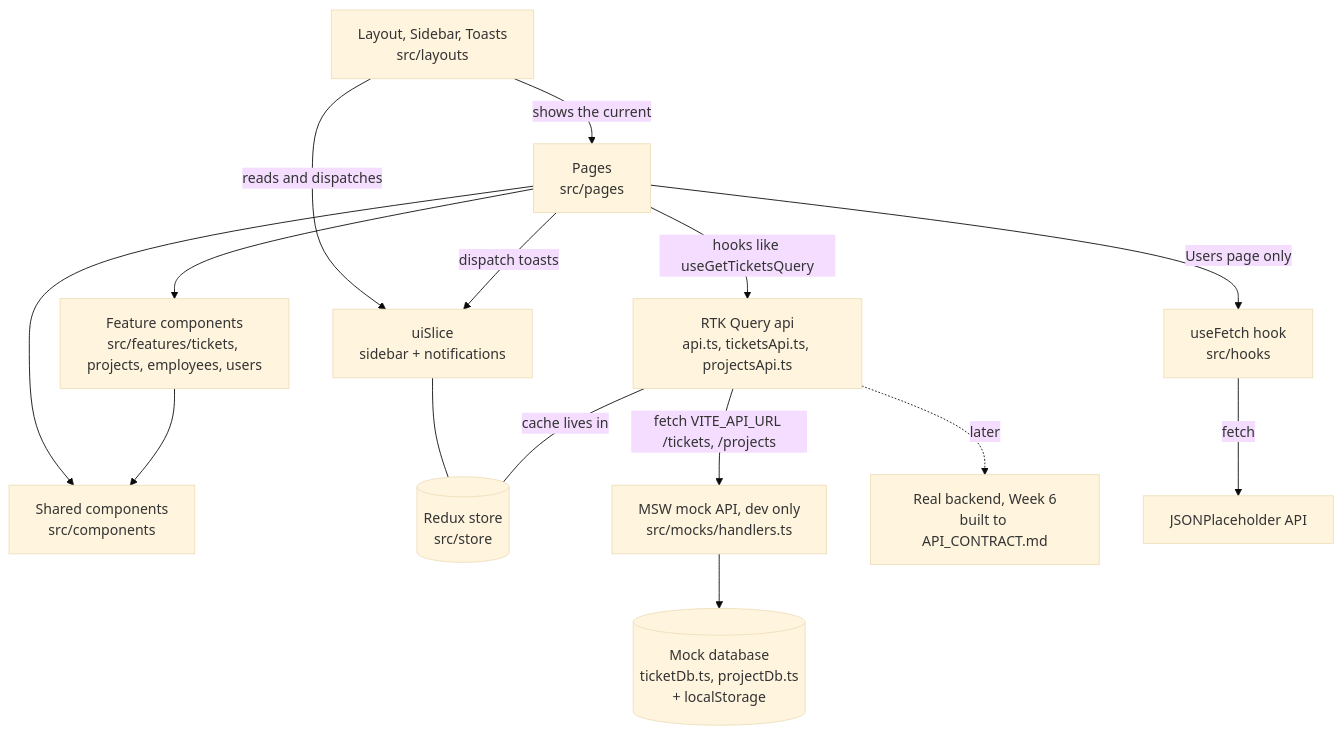
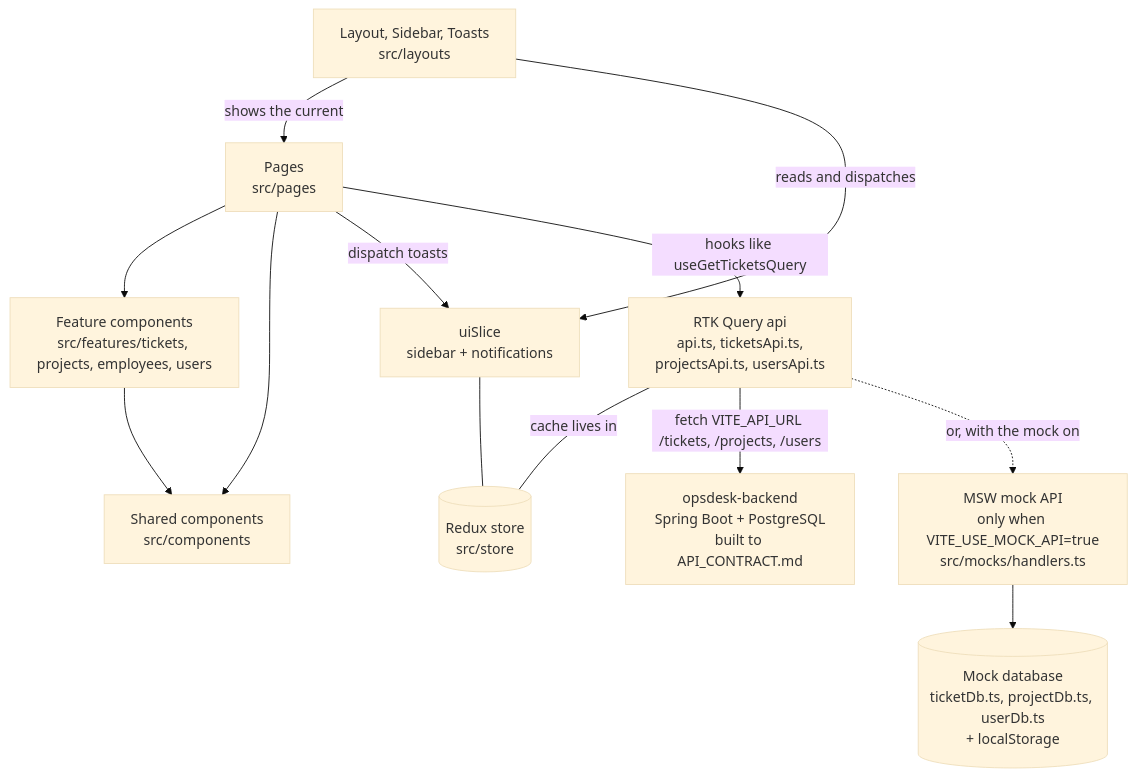
The diagram in README.md (Stormmzyy/opsdesk-frontend), drawn with Mermaid (base theme) before and after one commit. The commit also changed other lines of this file, not shown here.

Commit message:
Update the README for the real backend and the opt-in mock

````diff
--- a/README.md
+++ b/README.md
@@ -133,30 +163,26 @@
 ```mermaid
 flowchart TD
     Pages["Pages<br/>src/pages"]
     Layout["Layout, Sidebar, Toasts<br/>src/layouts"]
     Features["Feature components<br/>src/features/tickets, projects, employees, users"]
     Shared["Shared components<br/>src/components"]
     Store[("Redux store<br/>src/store")]
     UiSlice["uiSlice<br/>sidebar + notifications"]
-    RTKQ["RTK Query api<br/>api.ts, ticketsApi.ts, projectsApi.ts"]
-    MSW["MSW mock API, dev only<br/>src/mocks/handlers.ts"]
-    DB[("Mock database<br/>ticketDb.ts, projectDb.ts<br/>+ localStorage")]
-    Backend["Real backend, Week 6<br/>built to API_CONTRACT.md"]
-    UseFetch["useFetch hook<br/>src/hooks"]
-    JSONPlaceholder["JSONPlaceholder API"]
+    RTKQ["RTK Query api<br/>api.ts, ticketsApi.ts,<br/>projectsApi.ts, usersApi.ts"]
+    Backend["opsdesk-backend<br/>Spring Boot + PostgreSQL<br/>built to API_CONTRACT.md"]
+    MSW["MSW mock API<br/>only when VITE_USE_MOCK_API=true<br/>src/mocks/handlers.ts"]
+    DB[("Mock database<br/>ticketDb.ts, projectDb.ts, userDb.ts<br/>+ localStorage")]
 
     Layout -->|"shows the current"| Pages
     Pages --> Features
     Pages --> Shared
     Features --> Shared
     Layout -->|"reads and dispatches"| UiSlice
     Pages -->|"dispatch toasts"| UiSlice
     UiSlice --- Store
     Pages -->|"hooks like useGetTicketsQuery"| RTKQ
     RTKQ ---|"cache lives in"| Store
-    RTKQ -->|"fetch VITE_API_URL /tickets, /projects"| MSW
+    RTKQ -->|"fetch VITE_API_URL /tickets, /projects, /users"| Backend
+    RTKQ -.->|"or, with the mock on"| MSW
     MSW --> DB
-    RTKQ -.->|"later"| Backend
-    Pages -->|"Users page only"| UseFetch
-    UseFetch -->|fetch| JSONPlaceholder
 ```
````
